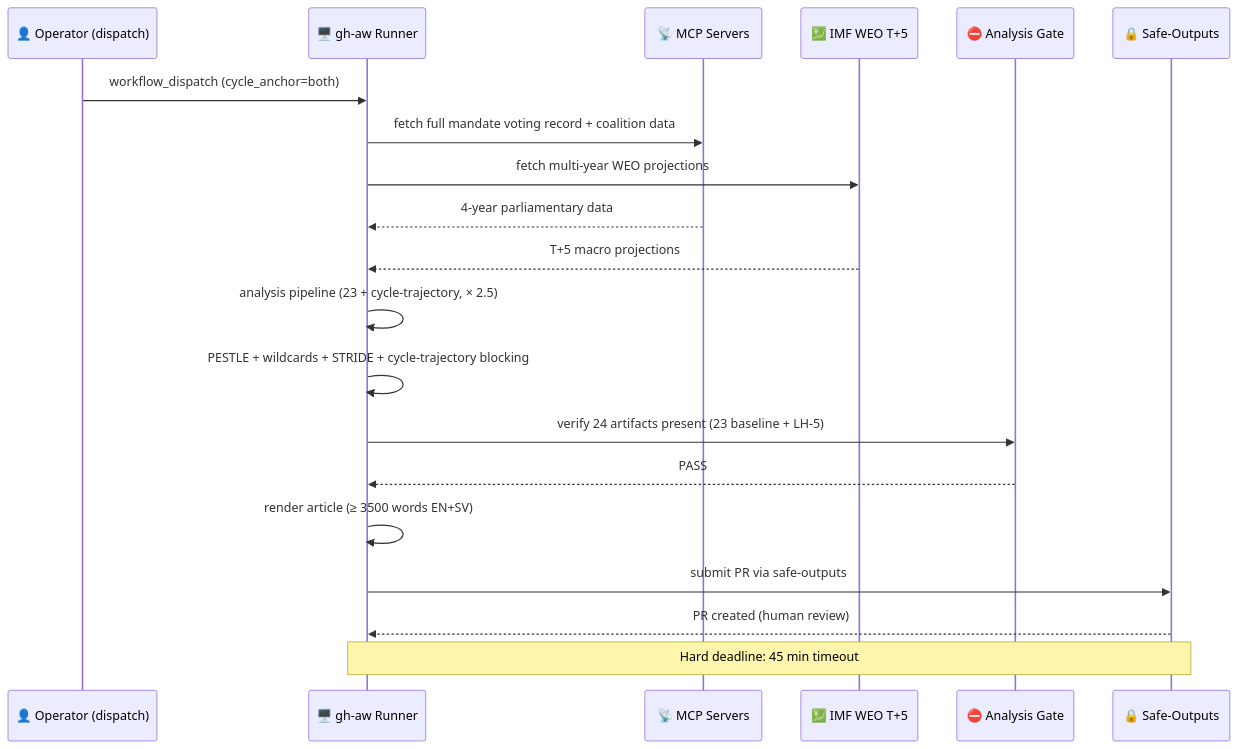
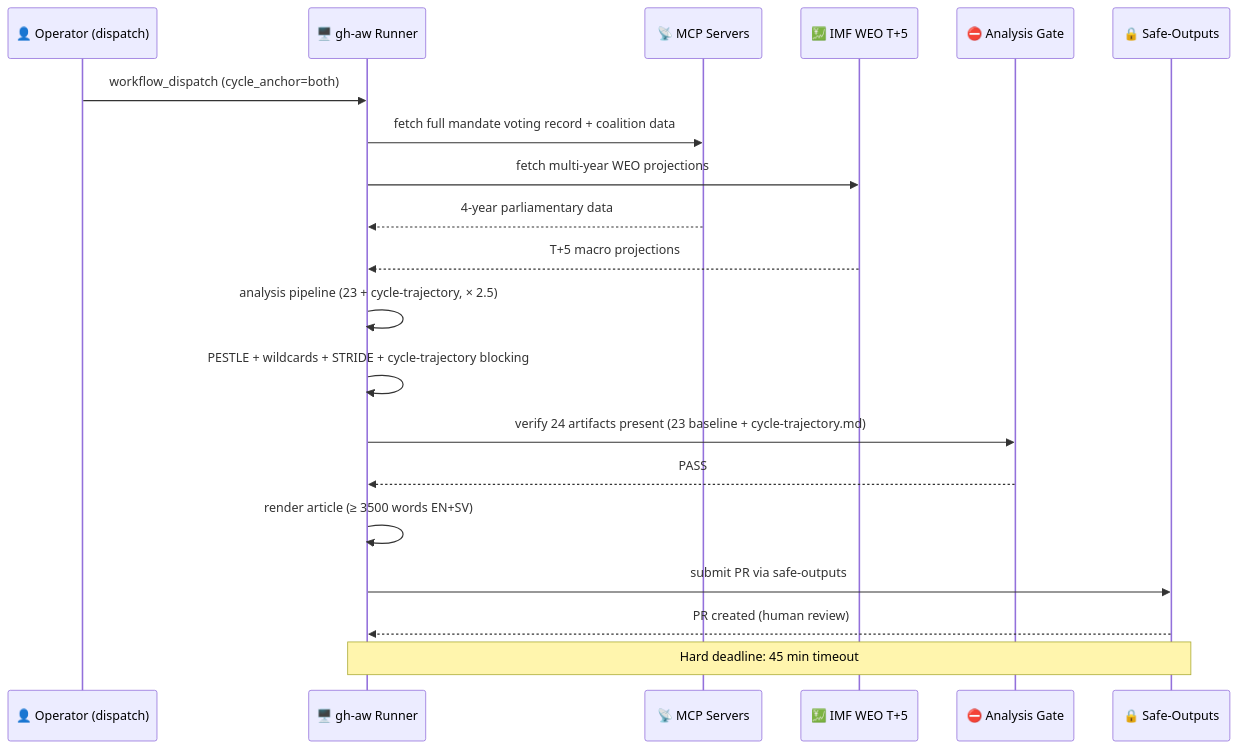
Diagram 18 of 20 in WORKFLOWS.md (Hack23/riksdagsmonitor), drawn with Mermaid before and after one commit. The commit also changed other lines of this file and 1 other file, not shown here.

First line of the commit message:
Address second review: fix election-cycle status, PESTLE clarity, LH-5 reference, version numbering, and anchor link

````diff
--- a/WORKFLOWS.md
+++ b/WORKFLOWS.md
@@ -1228,23 +1228,23 @@
 ```mermaid
 sequenceDiagram
     participant Op as 👤 Operator (dispatch)
     participant Runner as 🖥️ gh-aw Runner
     participant MCP as 📡 MCP Servers
     participant IMF as 💹 IMF WEO T+5
     participant Gate as ⛔ Analysis Gate
     participant SO as 🔒 Safe-Outputs
 
     Op->>Runner: workflow_dispatch (cycle_anchor=both)
     Runner->>MCP: fetch full mandate voting record + coalition data
     Runner->>IMF: fetch multi-year WEO projections
     MCP-->>Runner: 4-year parliamentary data
     IMF-->>Runner: T+5 macro projections
     Runner->>Runner: analysis pipeline (23 + cycle-trajectory, × 2.5)
     Runner->>Runner: PESTLE + wildcards + STRIDE + cycle-trajectory blocking
-    Runner->>Gate: verify 24 artifacts present (23 baseline + LH-5)
+    Runner->>Gate: verify 24 artifacts present (23 baseline + cycle-trajectory.md)
     Gate-->>Runner: PASS
     Runner->>Runner: render article (≥ 3500 words EN+SV)
     Runner->>SO: submit PR via safe-outputs
     SO-->>Runner: PR created (human review)
     Note over Runner,SO: Hard deadline: 45 min timeout
 ```
````
